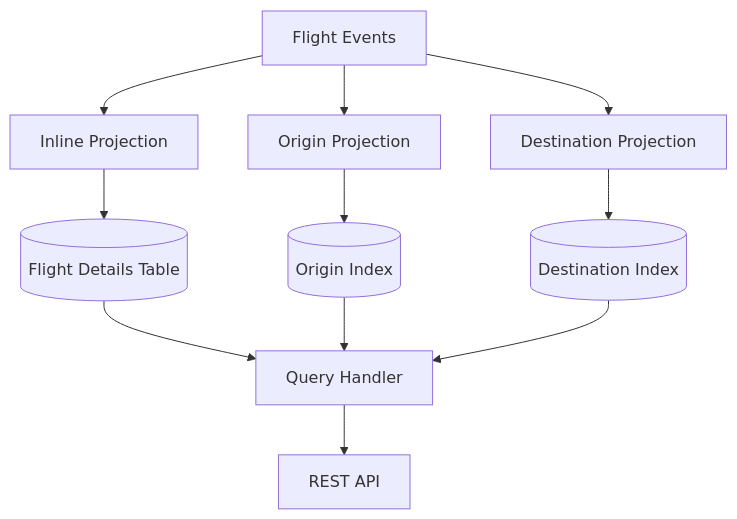
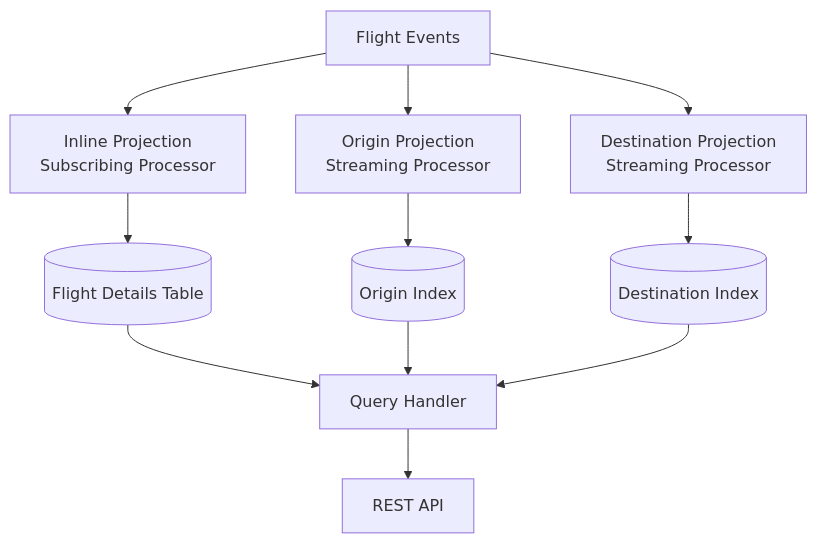
Before and after one commit to CraftyFella/axonIq-framework-micronaut: the third of 3 diagrams in README.md, drawn with Mermaid. The commit also changed other lines of this file, not shown here.

````diff
--- a/README.md
+++ b/README.md
@@ -49,16 +54,16 @@
 ```mermaid
 flowchart TD
-    Events[Flight Events] --> InlineProjection[Inline Projection]
-    Events --> OriginProjection[Origin Projection]
-    Events --> DestinationProjection[Destination Projection]
+    Events[Flight Events] --> InlineProjection[Inline Projection<br>Subscribing Processor]
+    Events --> OriginProjection[Origin Projection<br>Streaming Processor]
+    Events --> DestinationProjection[Destination Projection<br>Streaming Processor]
     
     InlineProjection --> FlightDetails[(Flight Details Table)]
     OriginProjection --> OriginIndex[(Origin Index)]
     DestinationProjection --> DestinationIndex[(Destination Index)]
     
     FlightDetails --> QueryHandler[Query Handler]
     OriginIndex --> QueryHandler
     DestinationIndex --> QueryHandler
     
     QueryHandler --> API[REST API]
 ```
````
